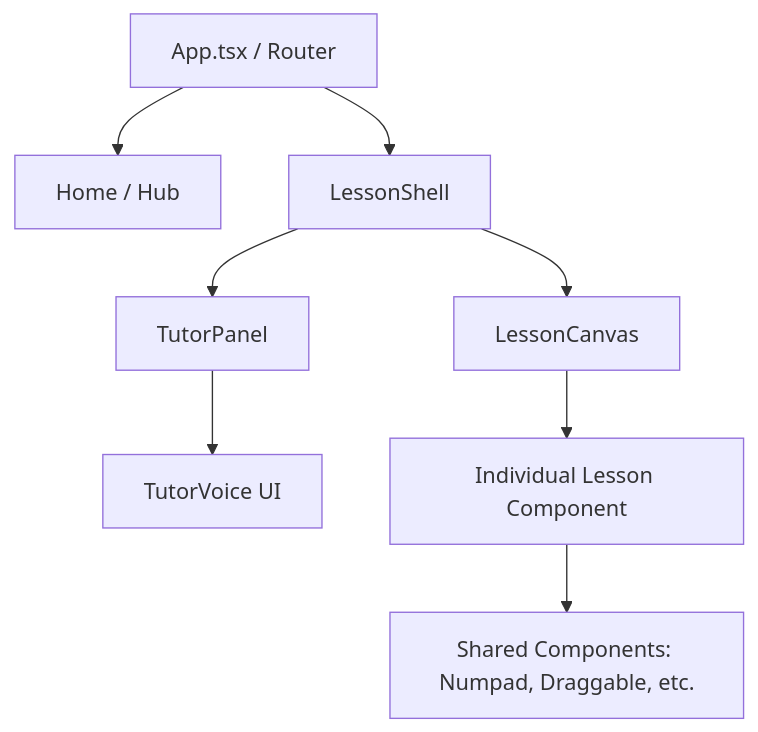
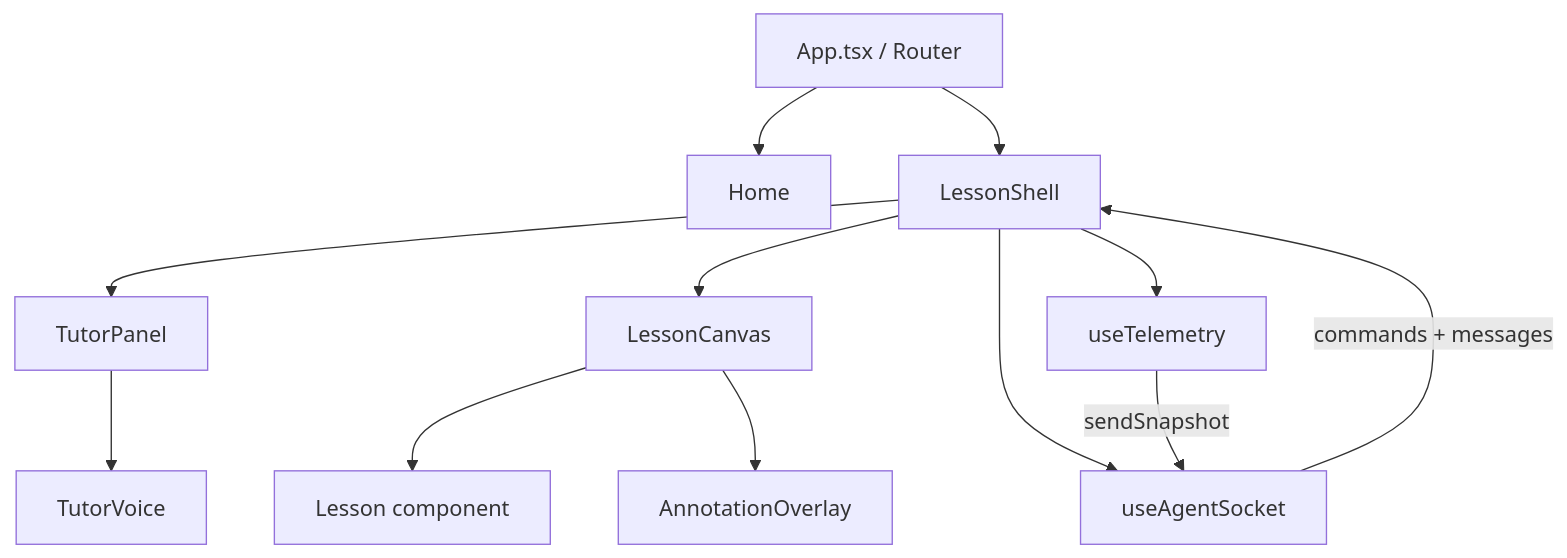
One commit to Ramez-Asaad/Math-TutorK changed the second of 2 diagrams in docs/architecture.md. Above: the diagram before and after it, drawn with Mermaid. The commit also changed other lines of this file and 65 other files, not shown here.

````diff
--- a/docs/architecture.md
+++ b/docs/architecture.md
@@ -19,10 +31,14 @@
 ```mermaid
 graph TD
-    App[App.tsx / Router] --> Home[Home / Hub]
+    App[App.tsx / Router] --> Home[Home]
     App --> Shell[LessonShell]
     Shell --> TP[TutorPanel]
-    TP --> TV[TutorVoice UI]
+    TP --> TV[TutorVoice]
     Shell --> LC[LessonCanvas]
-    LC --> LI[Individual Lesson Component]
-    LI --> SC[Shared Components: Numpad, Draggable, etc.]
+    LC --> LI[Lesson component]
+    LC --> AO[AnnotationOverlay]
+    Shell --> TEL[useTelemetry]
+    Shell --> AGT[useAgentSocket]
+    TEL -->|sendSnapshot| AGT
+    AGT -->|commands + messages| Shell
 ```
````
